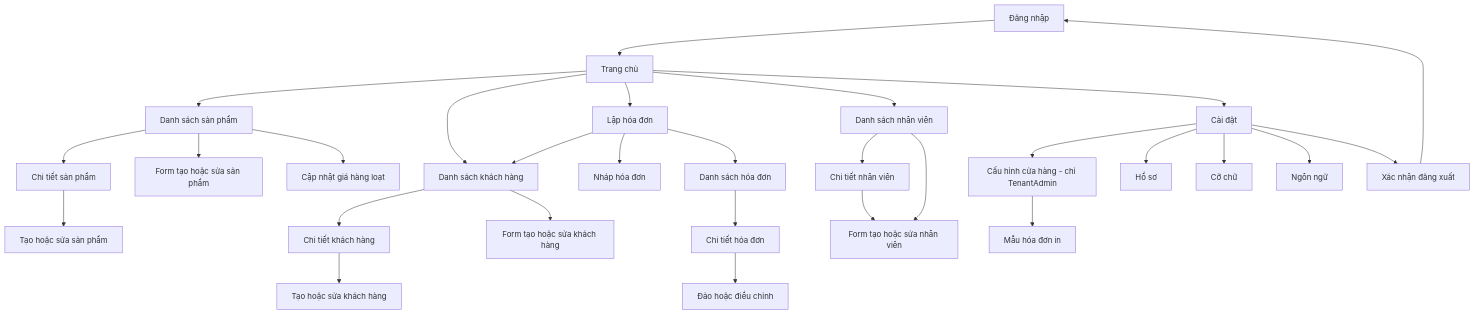
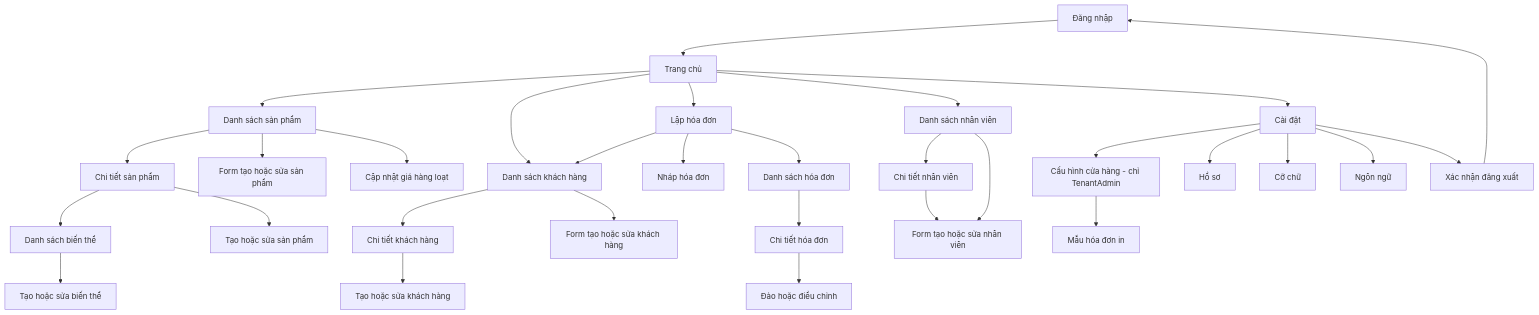
Before and after one commit to PanxiiPos/panxii-docs: the diagram in frontend/mobile_screen_flow_api_mapping.md, drawn with Mermaid. The commit also changed other lines of this file and 12 other files, not shown here.

````diff
--- a/frontend/mobile_screen_flow_api_mapping.md
+++ b/frontend/mobile_screen_flow_api_mapping.md
@@ -22,31 +22,33 @@
 ```mermaid
 flowchart TD
     Login[Đăng nhập] --> Home[Trang chủ]
     Home --> ProductList[Danh sách sản phẩm]
     ProductList --> ProductDetail[Chi tiết sản phẩm]
+    ProductDetail --> VariantList[Danh sách biến thể]
+    VariantList --> VariantForm[Tạo hoặc sửa biến thể]
     ProductList --> ProductForm[Form tạo hoặc sửa sản phẩm]
     ProductDetail --> ProductEdit[Tạo hoặc sửa sản phẩm]
     ProductList --> BulkPrice[Cập nhật giá hàng loạt]
     Home --> CustomerList[Danh sách khách hàng]
     CustomerList --> CustomerDetail[Chi tiết khách hàng]
     CustomerList --> CustomerForm[Form tạo hoặc sửa khách hàng]
     CustomerDetail --> CustomerEdit[Tạo hoặc sửa khách hàng]
     Home --> NewInvoice[Lập hóa đơn]
     NewInvoice --> CustomerList
     NewInvoice --> InvoiceDraft[Nháp hóa đơn]
     NewInvoice --> InvoiceList[Danh sách hóa đơn]
     InvoiceList --> InvoiceDetail[Chi tiết hóa đơn]
     InvoiceDetail --> Reverse[Đảo hoặc điều chỉnh]
     Home --> StaffList[Danh sách nhân viên]
     StaffList --> StaffDetail[Chi tiết nhân viên]
     StaffList --> StaffForm[Form tạo hoặc sửa nhân viên]
     StaffDetail --> StaffForm
     Home --> Settings[Cài đặt]
     Settings --> StoreSettings[Cấu hình cửa hàng - chỉ TenantAdmin]
     StoreSettings --> ReceiptSettings[Mẫu hóa đơn in]
     Settings --> Profile[Hồ sơ]
     Settings --> Display[Cỡ chữ]
     Settings --> Language[Ngôn ngữ]
     Settings --> Logout[Xác nhận đăng xuất]
     Logout --> Login
 ```
````
